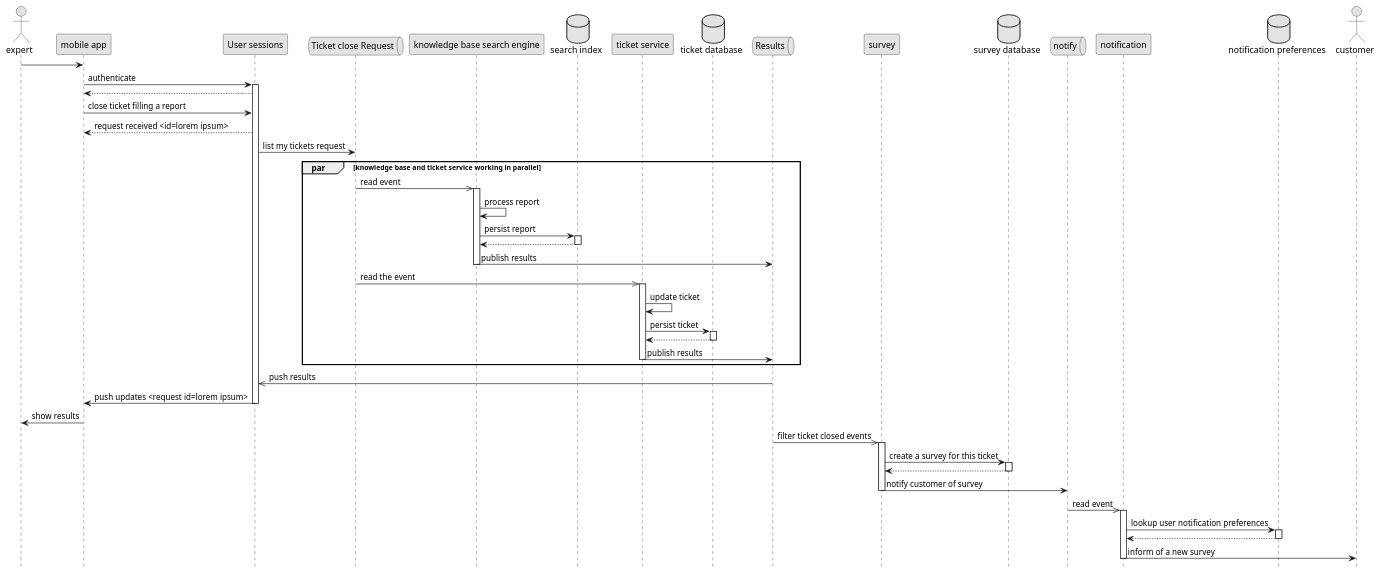
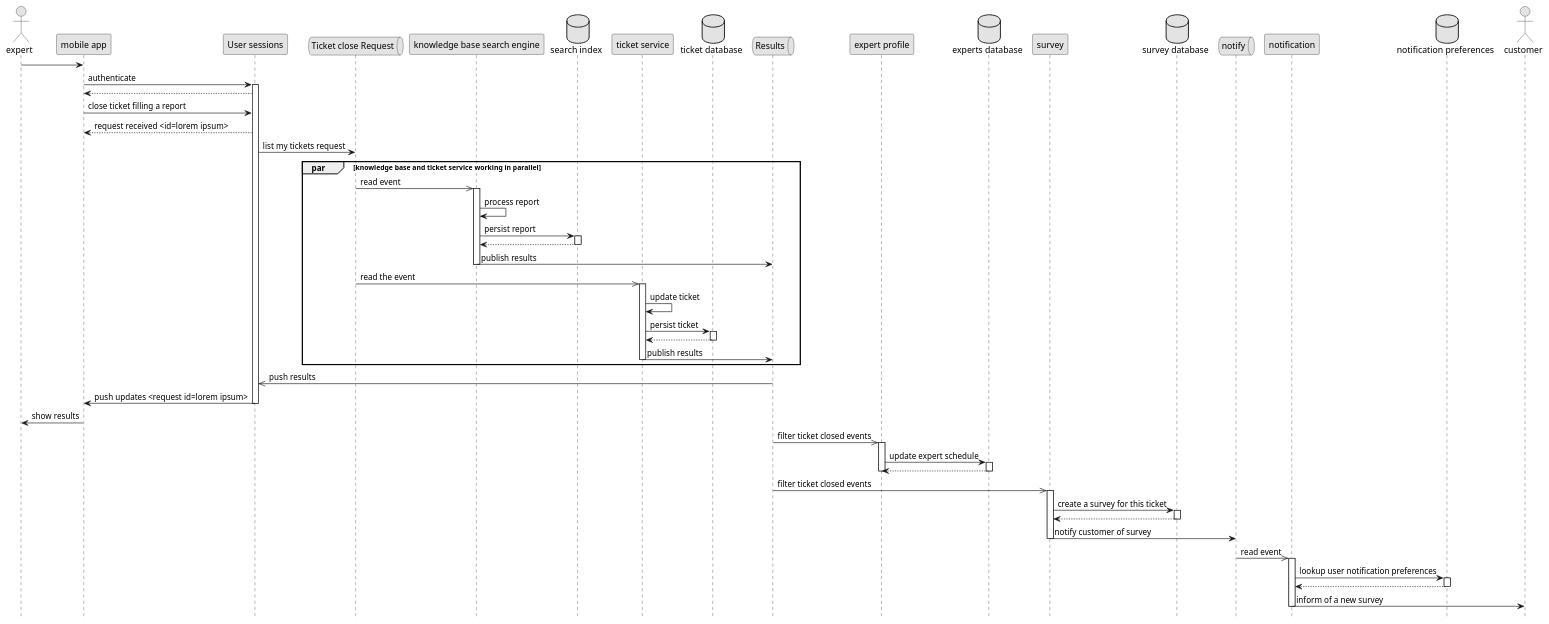
One commit to myaser/architecture-kata changed the third of 3 diagrams in docs/diagrams/src/expert-sequence-diagram.plantuml. Above: the diagram before and after it, drawn with PlantUML. The commit also changed 3 other files, not shown here.

Commit message:
correct diagrams

```diff
--- a/docs/diagrams/src/expert-sequence-diagram.plantuml
+++ b/docs/diagrams/src/expert-sequence-diagram.plantuml
@@ -80,76 +80,86 @@
 @startuml expert closes a ticket
 skinparam shadowing false
 skinparam monochrome true
 hide footbox
 
 actor expert
 participant "mobile app" as mob
 participant "User sessions" as sessions
 queue "Ticket close Request" as reqQueue
 participant "knowledge base search engine" as search
 database "search index" as idx
 participant "ticket service" as ticket
 database "ticket database" as db
 queue "Results" as resQueue
+participant "expert profile" as expertProfile
+database "experts database" as expertDB
 participant "survey" as survey
 database "survey database" as surveyDB
 queue "notify" as notify
 participant "notification" as notification
 database "notification preferences" as notifyDB
 actor customer
 
 
 expert -> mob
 mob -> sessions: authenticate
 activate sessions
 mob <-- sessions
 mob -> sessions: close ticket filling a report
 mob <-- sessions: request received <id=lorem ipsum>
 sessions -> reqQueue: list my tickets request
 
 par knowledge base and ticket service working in parallel
 reqQueue ->> search: read event
 activate search
 search -> search: process report
 search -> idx: persist report 
 activate idx
 search <-- idx
 deactivate idx
 search -> resQueue: publish results
 deactivate search
 
 
 reqQueue ->> ticket: read the event
 activate ticket
 ticket -> ticket: update ticket
 ticket -> db: persist ticket
 activate db
 ticket <-- db
 deactivate db
 ticket -> resQueue: publish results
 deactivate ticket
 end par
 sessions <<- resQueue: push results
 mob <- sessions: push updates <request id=lorem ipsum>
 deactivate sessions
 mob -> expert: show results
 
+resQueue ->> expertProfile: filter ticket closed events
+activate expertProfile
+expertProfile -> expertDB: update expert schedule
+activate expertDB
+expertProfile <-- expertDB
+deactivate expertDB
+deactivate expertProfile
+
 resQueue ->> survey: filter ticket closed events
 activate survey
 survey -> surveyDB: create a survey for this ticket
 activate surveyDB
 survey <-- surveyDB
 deactivate surveyDB
 
 survey -> notify: notify customer of survey
 deactivate survey
 
 notify ->> notification: read event
 activate notification
 notification -> notifyDB: lookup user notification preferences
 activate notifyDB
 notification <-- notifyDB
 deactivate notifyDB
 notification -> customer: inform of a new survey
 deactivate notification
 @enduml
```
